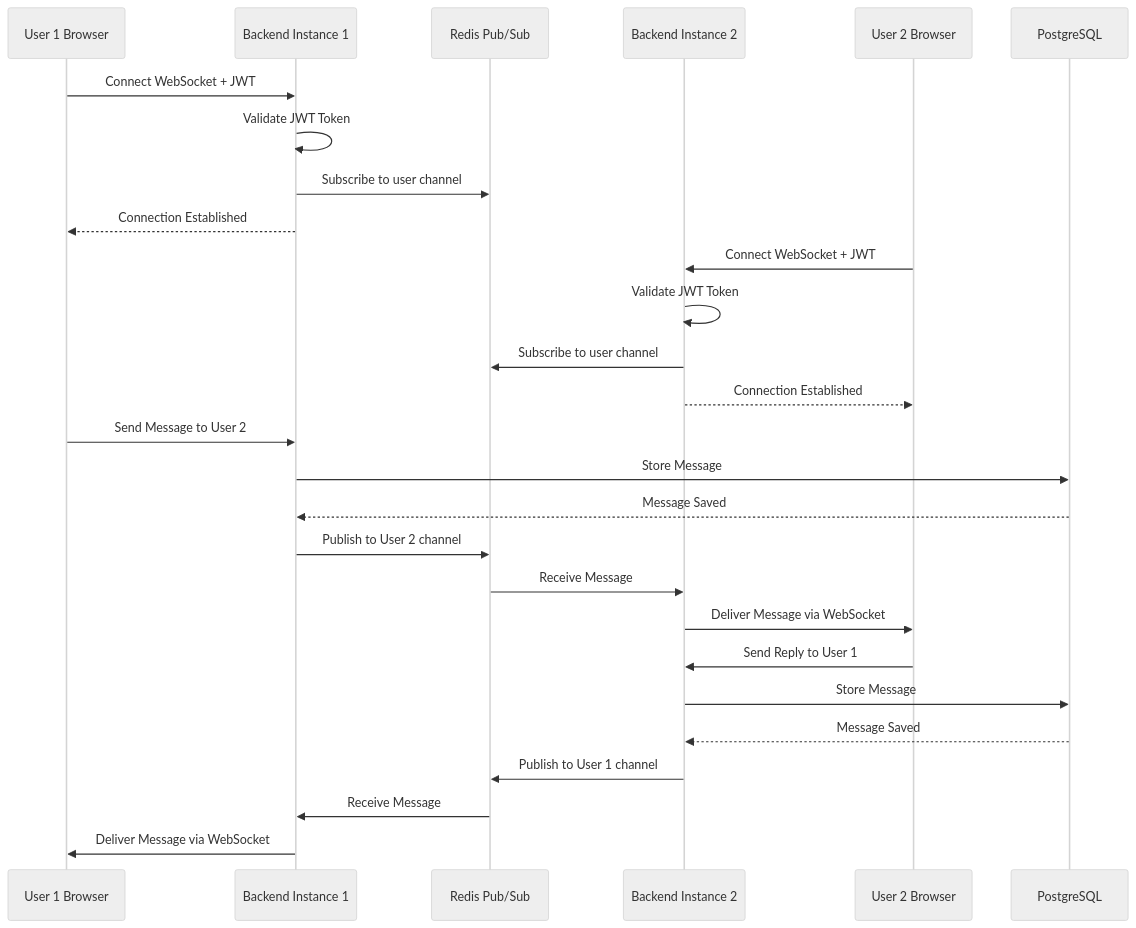
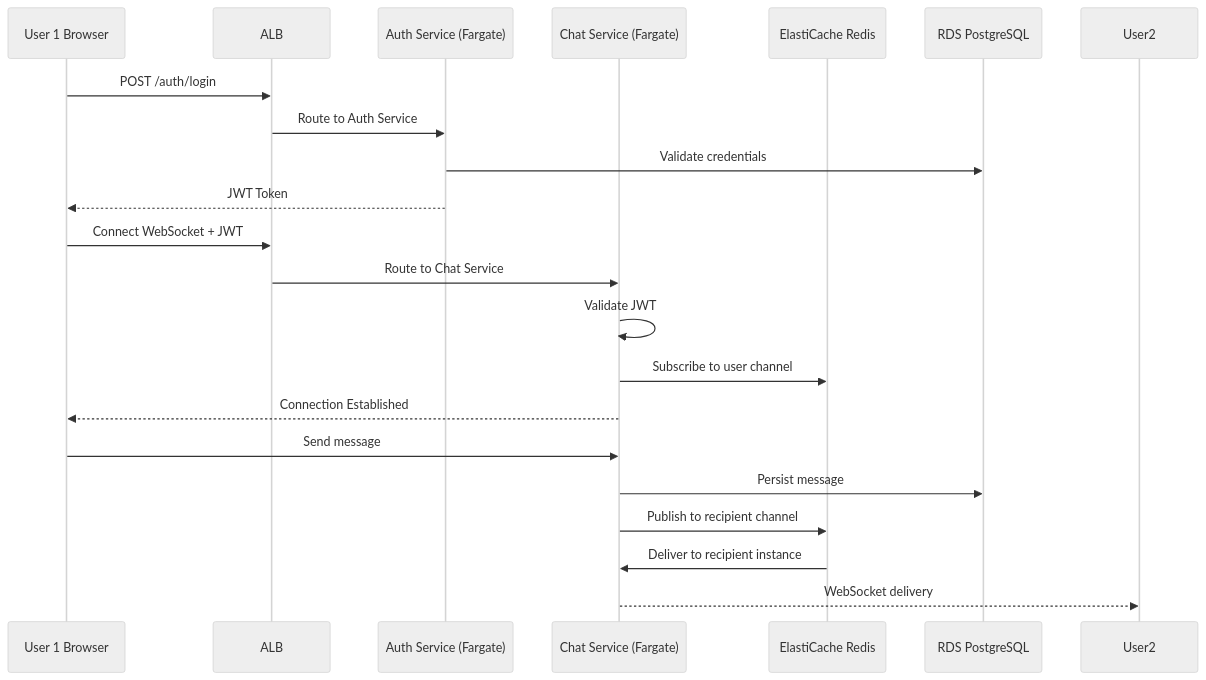
The diagram in README.md (CSUF-Akatsuki/Chat), drawn with Mermaid (neutral theme) before and after one commit. The commit also changed other lines of this file, not shown here.

````diff
--- a/README.md
+++ b/README.md
@@ -67,33 +81,26 @@
 ```mermaid
 sequenceDiagram
     participant User1 as User 1 Browser
-    participant BE1 as Backend Instance 1
-    participant Redis as Redis Pub/Sub
-    participant BE2 as Backend Instance 2
-    participant User2 as User 2 Browser
-    participant DB as PostgreSQL
+    participant ALB as ALB
+    participant Auth as Auth Service (Fargate)
+    participant Chat as Chat Service (Fargate)
+    participant Redis as ElastiCache Redis
+    participant DB as RDS PostgreSQL
 
-    User1->>BE1: Connect WebSocket + JWT
-    BE1->>BE1: Validate JWT Token
-    BE1->>Redis: Subscribe to user channel
-    BE1-->>User1: Connection Established
+    User1->>ALB: POST /auth/login
+    ALB->>Auth: Route to Auth Service
+    Auth->>DB: Validate credentials
+    Auth-->>User1: JWT Token
 
-    User2->>BE2: Connect WebSocket + JWT
-    BE2->>BE2: Validate JWT Token
-    BE2->>Redis: Subscribe to user channel
-    BE2-->>User2: Connection Established
+    User1->>ALB: Connect WebSocket + JWT
+    ALB->>Chat: Route to Chat Service
+    Chat->>Chat: Validate JWT
+    Chat->>Redis: Subscribe to user channel
+    Chat-->>User1: Connection Established
 
-    User1->>BE1: Send Message to User 2
-    BE1->>DB: Store Message
-    DB-->>BE1: Message Saved
-    BE1->>Redis: Publish to User 2 channel
-    Redis->>BE2: Receive Message
-    BE2->>User2: Deliver Message via WebSocket
-
-    User2->>BE2: Send Reply to User 1
-    BE2->>DB: Store Message
-    DB-->>BE2: Message Saved
-    BE2->>Redis: Publish to User 1 channel
-    Redis->>BE1: Receive Message
-    BE1->>User1: Deliver Message via WebSocket
+    User1->>Chat: Send message
+    Chat->>DB: Persist message
+    Chat->>Redis: Publish to recipient channel
+    Redis->>Chat: Deliver to recipient instance
+    Chat-->>User2: WebSocket delivery
 ```
````
